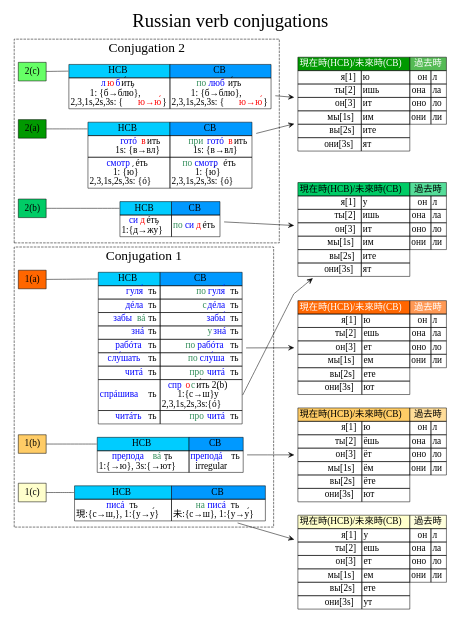
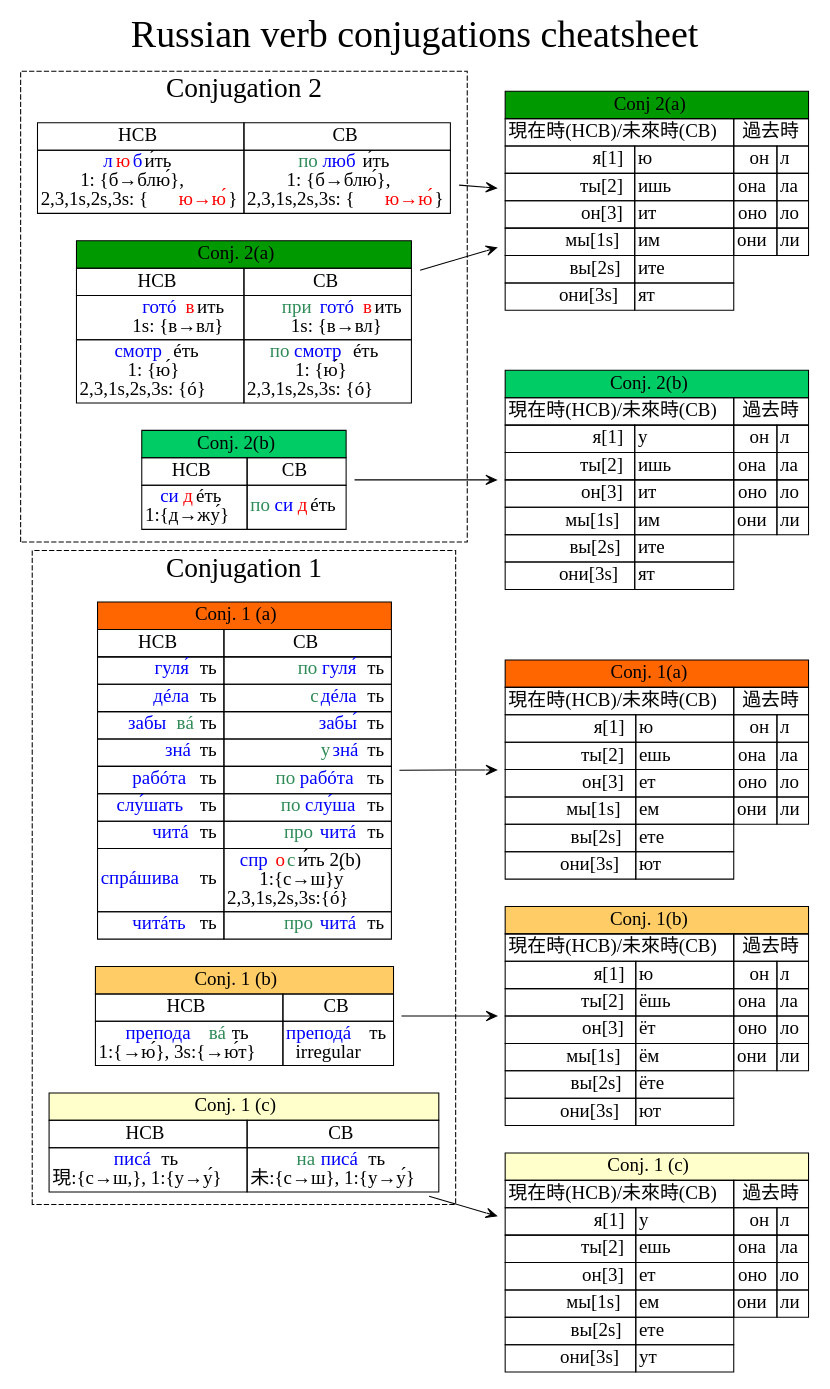
One commit to mutolisp/ru_urok changed the diagram in mindmaps/verb_conj.dot. Above: the diagram before and after it, drawn with Graphviz. The commit also changed 1 other file, not shown here.

Commit message:
redesign the verb conjugation table

```diff
--- a/mindmaps/verb_conj.dot
+++ b/mindmaps/verb_conj.dot
@@ -1,8 +1,8 @@
 digraph "verb_conj" {
     rankdir=LR;
-    size="12,8";
+    size="12,24";
     labelloc="t";
-    label="Russian verb conjugations";
+    label="Russian verb conjugations cheatsheet";
     fontsize="36";
     node [shape=plaintext fontsize=18 arrowhead=none];
     splines="compound";
@@ -10,13 +10,13 @@
     node_type1a [
      label=<
     <table border="0" cellborder="1" cellspacing="0.5">
-      <tr bottom-border="1">
-        <td align="center" bgcolor="#00CCFF" port="a">НСВ</td>
-        <td align="center" bgcolor="#0099FF" port="b">СВ</td></tr>
+      <tr><td colspan="2" bgcolor="#FF6600">Conj. 1 (a)</td></tr>
+      <tr><td align="center" port="a">НСВ</td>
+        <td align="center" port="b">СВ</td></tr>
       <tr><td port="c" align="right" href="http://en.wiktionary.org/wiki/гулять#Conjugation"><font color="blue">гуля́</font>ть</td>
           <td port="d" align="right" href="http://en.wiktionary.org/wiki/погулять#Conjugation"><font color="seagreen">по</font><font color="blue">гуля́</font>ть</td></tr>
-      <tr><td port="e" align="right" href="http://en.wiktionary.org/wiki/гелать#Conjugation"><font color="blue">дéла</font>ть</td>
-          <td port="f" align="right" href="http://en.wiktionary.org/wiki/сгелать#Conjugation"><font color="seagreen">с</font><font color="blue">дéла</font>ть</td></tr>
+      <tr><td port="e" align="right" href="http://en.wiktionary.org/wiki/делать#Conjugation"><font color="blue">дéла</font>ть</td>
+          <td port="f" align="right" href="http://en.wiktionary.org/wiki/сделать#Conjugation"><font color="seagreen">с</font><font color="blue">дéла</font>ть</td></tr>
       <tr><td port="g" align="right" href="http://en.wiktionary.org/wiki/забывать#Conjugation"><font color="blue">забы</font><font color="seagreen">вá</font>ть</td>
           <td port="h" align="right" href="http://en.wiktionary.org/wiki/завыть#Conjugation"><font color="blue">забы́</font>ть</td></tr>
       <tr><td port="i" align="right" href="http://en.wiktionary.org/wiki/знать#Conjugation"><font color="blue">знá</font>ть</td>
@@ -38,9 +38,9 @@
      node_type1b [
      label=<
     <table border="0" cellborder="1" cellspacing="0.5">
-      <tr bottom-border="1">
-        <td align="center" bgcolor="#00CCFF" port="a">НСВ</td>
-        <td align="center" bgcolor="#0099FF" port="b">СВ</td></tr>
+      <tr><td colspan="2" bgcolor="#FFCC66">Conj. 1 (b)</td></tr>
+      <tr><td align="center" port="a">НСВ</td>
+        <td align="center" port="b">СВ</td></tr>
       <tr><td port="c" align="right"><font color="blue">препода</font><font color="seagreen">вá</font>ть<br/>
 1:{→ю́}, 3s:{→ю́т}</td>
           <td port="d" align="right"><font color="blue">преподá</font>ть<br/>
@@ -52,9 +52,9 @@
     node_type1c [
      label=<
     <table border="0" cellborder="1" cellspacing="0.5">
-      <tr bottom-border="1">
-        <td align="center" bgcolor="#00CCFF" port="a">НСВ</td>
-        <td align="center" bgcolor="#0099FF" port="b">СВ</td></tr>
+      <tr><td colspan="2" bgcolor="#FFFFCC">Conj. 1 (c)</td></tr>
+      <tr><td align="center" port="a">НСВ</td>
+        <td align="center" port="b">СВ</td></tr>
       <tr><td port="c" align="right"><font color="blue">писá</font>ть<br/>
 現:{с→ш,}, 1:{у→у́}</td>
           <td port="d" align="right"><font color="seagreen">на</font><font color="blue">писá</font>ть<br/>
@@ -65,8 +65,9 @@
     conj1 [
      label=<
     <table border="0" cellborder="1" cellspacing="0" border-spacing="0">
-      <tr><td port="a" bgcolor="#FF6600" colspan="2"><font color="white">現在時(НСВ)/未來時(СВ)</font></td>
-          <td colspan="2" bgcolor="#FF6600AA"><font color="white">過去時</font></td></tr>
+      <tr><td colspan="4" bgcolor="#FF6600">Conj. 1(a)</td></tr>
+      <tr><td port="a" colspan="2">現在時(НСВ)/未來時(СВ)</td>
+          <td colspan="2">過去時</td></tr>
       <tr><td align="right">я[1]</td>  <td align="left">ю</td>
           <td align="right">он</td><td align="left">л</td></tr>
       <tr><td align="right">ты[2]</td> <td align="left">ешь</td>
@@ -84,8 +85,9 @@
     conj1b [
      label=<
     <table border="0" cellborder="1" cellspacing="0" border-spacing="0">
-      <tr><td port="a" bgcolor="#FFCC66" colspan="2">現在時(НСВ)/未來時(СВ)</td>
-          <td colspan="2" bgcolor="#FFCC66AA">過去時</td></tr>
+      <tr><td colspan="4" bgcolor="#FFCC66">Conj. 1(b)</td></tr>
+      <tr><td port="a" colspan="2">現在時(НСВ)/未來時(СВ)</td>
+          <td colspan="2">過去時</td></tr>
       <tr><td align="right">я[1]</td>  <td align="left">ю</td>
           <td align="right">он</td><td align="left">л</td></tr>
       <tr><td align="right">ты[2]</td> <td align="left">ёшь</td>
@@ -105,8 +107,9 @@
     conj1c [
      label=<
     <table border="0" cellborder="1" cellspacing="0" border-spacing="0">
-      <tr><td port="a" bgcolor="#FFFFCC" colspan="2">現在時(НСВ)/未來時(СВ)</td>
-          <td colspan="2" bgcolor="#FFFFCCAA">過去時</td></tr>
+      <tr><td colspan="4" bgcolor="#FFFFCC">Conj. 1 (c)</td></tr>
+      <tr><td port="a" colspan="2">現在時(НСВ)/未來時(СВ)</td>
+          <td colspan="2">過去時</td></tr>
       <tr><td align="right">я[1]</td>  <td align="left">у</td>
           <td align="right">он</td><td align="left">л</td></tr>
       <tr><td align="right">ты[2]</td> <td align="left">ешь</td>
@@ -120,13 +123,12 @@
     </table>>
       ]
 
-
-
     conj2 [
      label=<
     <table border="0" cellborder="1" cellspacing="0" border-spacing="0">
-      <tr><td port="a" bgcolor="#009900" colspan="2"><font color="white">現在時(НСВ)/未來時(СВ)</font></td>
-          <td colspan="2" bgcolor="#009900AA"><font color="white">過去時</font></td></tr>
+      <tr><td colspan="4" bgcolor="#009900">Conj 2(a)</td></tr>
+      <tr><td port="a" colspan="2">現在時(НСВ)/未來時(СВ)</td>
+          <td colspan="2">過去時</td></tr>
       <tr><td align="right">я[1]</td>  <td align="left">ю</td>
           <td align="right">он</td><td align="left">л</td></tr>
       <tr><td align="right">ты[2]</td> <td align="left">ишь</td>
@@ -161,8 +163,9 @@
      conj2b [
      label=<
     <table border="0" cellborder="1" cellspacing="0" border-spacing="0">
-      <tr><td port="a" bgcolor="#00CC66" colspan="2">現在時(НСВ)/未來時(СВ)</td>
-          <td colspan="2" bgcolor="#00CC66AA">過去時</td></tr>
+      <tr><td bgcolor="#00CC66" colspan="4">Conj. 2(b)</td></tr>
+      <tr><td port="a" colspan="2">現在時(НСВ)/未來時(СВ)</td>
+          <td colspan="2">過去時</td></tr>
       <tr><td align="right">я[1]</td>  <td align="left">у</td>
           <td align="right">он</td><td align="left">л</td></tr>
       <tr><td align="right">ты[2]</td> <td align="left">ишь</td>
@@ -176,22 +179,17 @@
     </table>>
       ]
 
-
-
-
-
-
     node_type2 [
      label=<
     <table border="0" cellborder="1" cellspacing="0.5">
-      <tr bottom-border="1">
-        <td align="center" bgcolor="#00CCFF" port="a">НСВ</td>
-        <td align="center" bgcolor="#0099FF" port="b">СВ</td></tr>
+      <tr><td colspan="2" bgcolor="#009900">Conj. 2(a)</td></tr>
+      <tr><td align="center" port="a">НСВ</td>
+        <td align="center" port="b">СВ</td></tr>
       <tr><td port="c" align="right" href="http://en.wiktionary.org/wiki/готовить#Conjugation"><font color="blue">готó</font><font color="red">в</font>ить<br/>
 1s: {в→вл}</td>
           <td port="d" align="right" href="http://en.wiktionary.org/wiki/приготовить#Conjugation"><font color="seagreen">при</font><font color="blue">готó</font><font color="red">в</font>ить
 <br/>1s: {в→вл}</td></tr>
-      <tr><td port="c" align="right" href="http://en.wiktionary.org/wiki/смотреть#Conjugation"><font color="blue">смотр</font>éть<br/>
+      <tr><td port="c" align="right" href="http://en.wiktionary.org/wiki/смотреть#Conjugation" alt="smo"><font color="blue">смотр</font>éть<br/>
 1: {ю́}<br/>
 2,3,1s,2s,3s: {ó}<br/>
 </td>
@@ -204,9 +202,10 @@
     node_type2b [
      label=<
     <table border="0" cellborder="1" cellspacing="0.5">
-      <tr bottom-border="1">
-        <td align="center" bgcolor="#00CCFF" port="a">НСВ</td>
-        <td align="center" bgcolor="#0099FF" port="b">СВ</td></tr>
+        <tr><td bgcolor="#00CC66" colspan="2">Conj. 2(b)</td></tr>
+        <tr>
+        <td align="center" port="a">НСВ</td>
+        <td align="center" port="b">СВ</td></tr>
           <tr><td port="c" align="right"><font color="blue">си</font><font color="red">д</font>éть
 <br/>1:{д→жу́}</td>
           <td port="e" align="right"><font color="seagreen">по</font><font color="blue">си</font><font color="red">д</font>éть</td></tr>
@@ -217,13 +216,13 @@
     node_type2c [
      label=<
     <table border="0" cellborder="1" cellspacing="0.5">
-      <tr bottom-border="1">
-        <td align="center" bgcolor="#00CCFF" port="a">НСВ</td>
-        <td align="center" bgcolor="#0099FF" port="b">СВ</td></tr>
-      <tr><td port="c" align="right"><font color="blue">л</font><font color="red">ю</font><font color="blue">б</font>и́ть
+      <tr>
+        <td align="center" port="a">НСВ</td>
+        <td align="center" port="b">СВ</td></tr>
+      <tr><td port="c" align="right" href="http://en.wiktionary.org/wiki/любить#Conjugation"><font color="blue">л</font><font color="red">ю</font><font color="blue">б</font>и́ть
 <br/>1: {б→блю́},
 <br/>2,3,1s,2s,3s: {<font color="red">ю→ю́</font>}</td>
-          <td port="d" align="right"><font color="seagreen">по</font><font color="blue">люб</font>и́ть
+          <td port="d" align="right" href="http://en.wiktionary.org/wiki/полюбить#Conjugation"><font color="seagreen">по</font><font color="blue">люб</font>и́ть
 <br/>1: {б→блю́},
 <br/>2,3,1s,2s,3s: {<font color="red">ю→ю́</font>}</td></tr>
    </table>>
@@ -233,31 +232,24 @@
         label="<f0> НСВ|гуля́ть(散步)\rдéлать()\rду́мать\rзабывáть\rзнáть\rрабóтать\rразговáривать\rслу́шать\rчитáть\r"];
     
     */
-    "1(a)"
 
     subgraph "cluster1" {
         style=dashed;
         label="Conjugation 1";
         fontsize="26";
-        "1(a)" [shape=box arrowhead=none style=filled color="black" fillcolor="#FF6600"];
-        "1(b)" [shape=box arrowhead=none style=filled color="black" fillcolor="#FFCC66"];
-        "1(c)" [shape=box arrowhead=none style=filled color="black" fillcolor="#FFFFCC"];
-        "1(a)" -> node_type1a:a [arrowhead=none];
-        "1(b)" -> node_type1b:a [arrowhead=none];
-        "1(c)" -> node_type1c:a [arrowhead=none];
-    } 
+        node_type1a;
+        node_type1b;
+        node_type1c;
+   } 
 
     /* Conjugation 2*/
     subgraph "cluster2" {
         style=dashed;
         label="Conjugation 2";
         fontsize="26";
-        "2(a)" [shape=box arrowhead=none style=filled color="black" fillcolor="#009900"];
-        "2(b)" [shape=box arrowhead=none style=filled color="black" fillcolor="#00CC66"];
-        "2(c)" [shape=box arrowhead=none style=filled color="black" fillcolor="#66FF66"];
-        "2(a)" -> node_type2:a [arrowhead=none];
-        "2(b)" -> node_type2b:a [arrowhead=none];
-        "2(c)" -> node_type2c:a [arrowhead=none];
+        node_type2;
+        node_type2b;
+        node_type2c;
     }
 
     subgraph "conjugation" {
@@ -268,11 +260,9 @@
     }
 
     node_type1a -> conj1 [arrowhead=vee];
-    node_type1a:r -> conj2b [arrowhead=vee];
     node_type1b -> conj1b [arrowhead=vee];
     node_type1c -> conj1c [arrowhead=vee];
     node_type2 -> conj2 [arrowhead=vee];
     node_type2b -> conj2b [arrowhead=vee];
     node_type2c -> conj2 [arrowhead=vee];
-
 }
```
